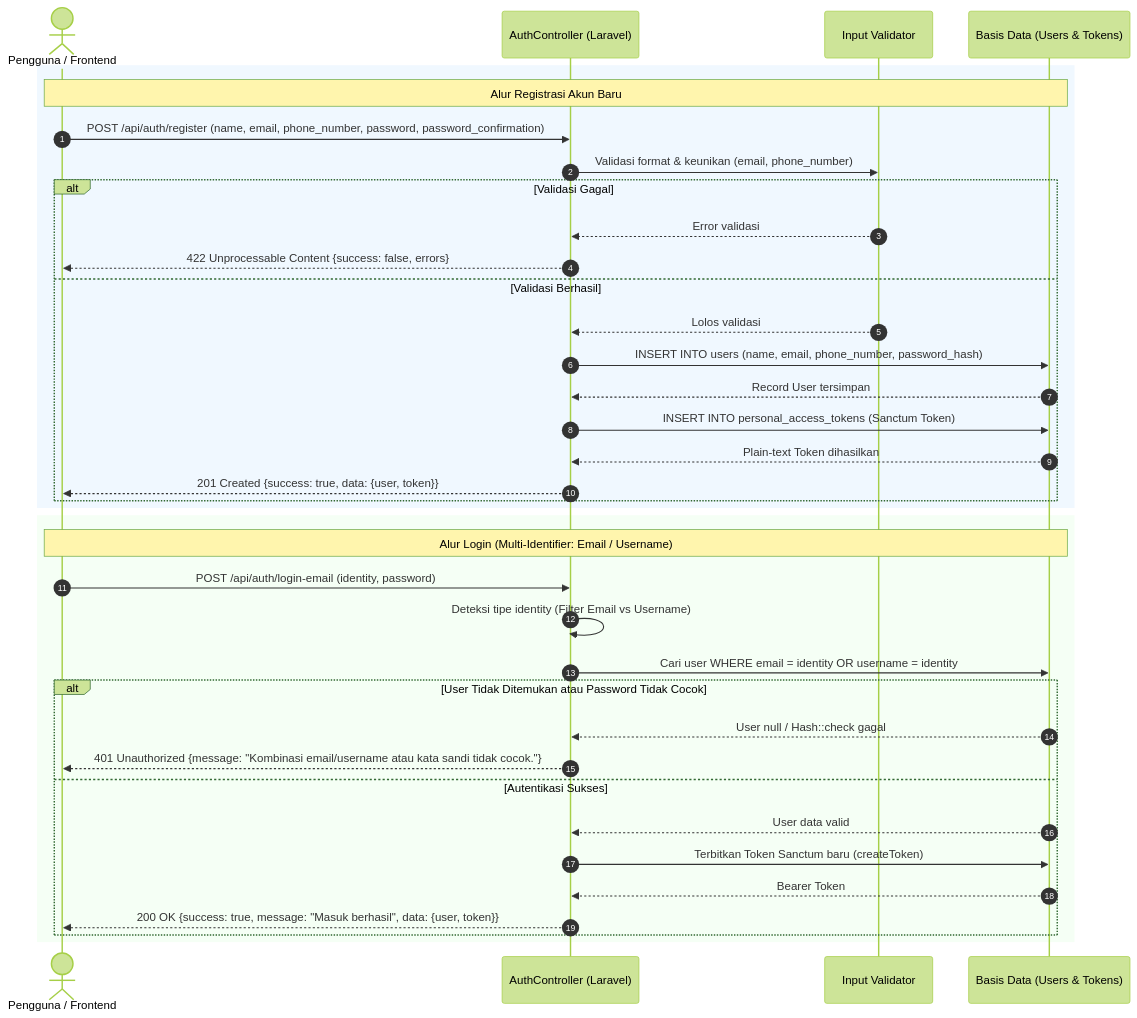
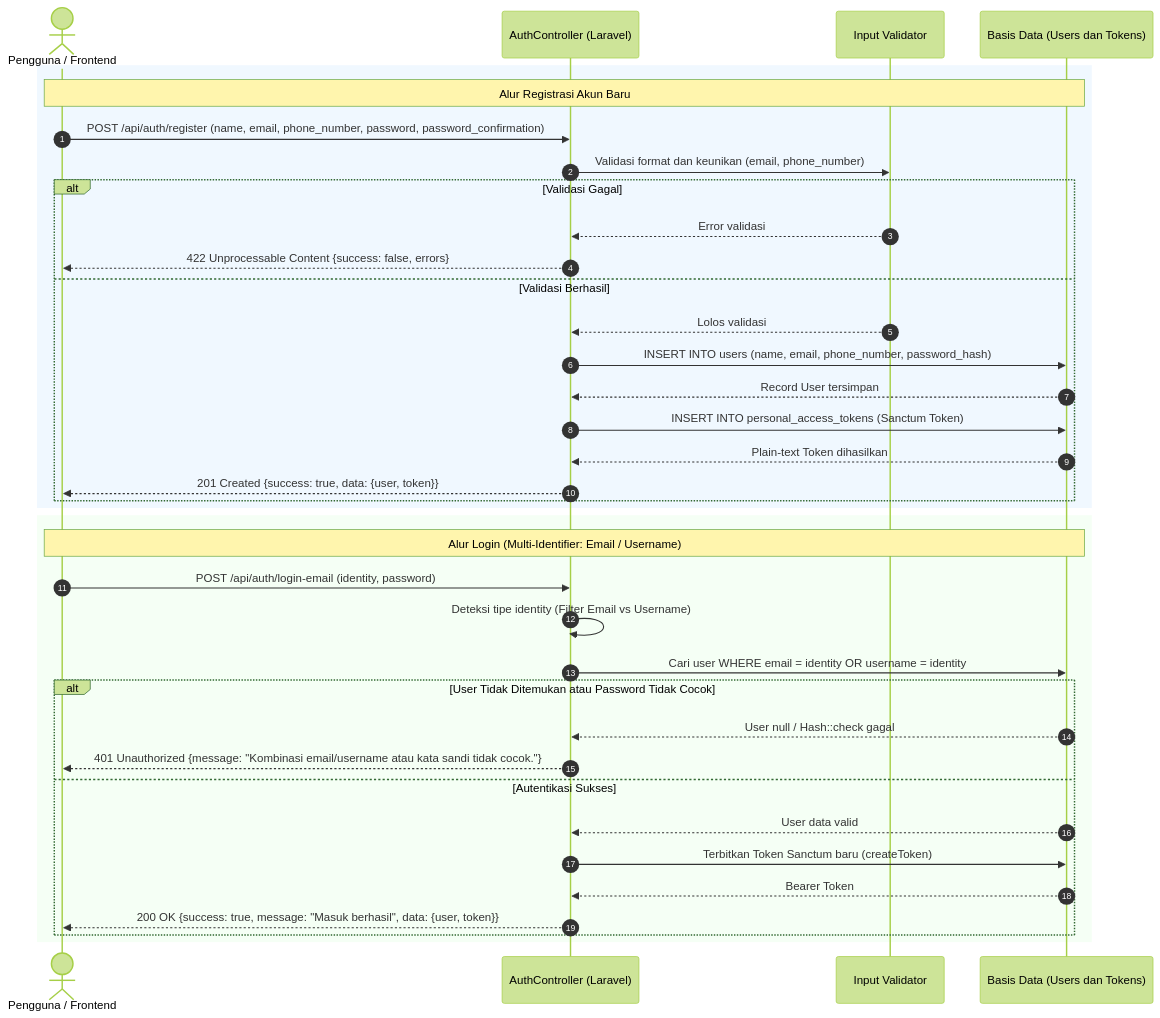
The second of 10 diagrams in README.md (nabilkencana/Laravel-UKL), drawn with Mermaid (forest theme) before and after one commit. The commit also changed other lines of this file, not shown here.

Commit message:
Update README.md; improve clarity in sequence diagrams and flowcharts for user authentication processes

````diff
--- a/README.md
+++ b/README.md
@@ -241,43 +240,43 @@
 ```mermaid
 sequenceDiagram
     autonumber
     actor Client as Pengguna / Frontend
     participant API as AuthController (Laravel)
     participant Validator as Input Validator
-    participant DB as Basis Data (Users & Tokens)
+    participant DB as Basis Data (Users dan Tokens)
 
     %% Skenario Registrasi
     rect rgb(240, 248, 255)
     note over Client, DB: Alur Registrasi Akun Baru
     Client->>API: POST /api/auth/register (name, email, phone_number, password, password_confirmation)
-    API->>Validator: Validasi format & keunikan (email, phone_number)
+    API->>Validator: Validasi format dan keunikan (email, phone_number)
     alt Validasi Gagal
         Validator-->>API: Error validasi
         API-->>Client: 422 Unprocessable Content {success: false, errors}
     else Validasi Berhasil
         Validator-->>API: Lolos validasi
         API->>DB: INSERT INTO users (name, email, phone_number, password_hash)
         DB-->>API: Record User tersimpan
         API->>DB: INSERT INTO personal_access_tokens (Sanctum Token)
         DB-->>API: Plain-text Token dihasilkan
         API-->>Client: 201 Created {success: true, data: {user, token}}
     end
     end
 
     %% Skenario Login
     rect rgb(245, 255, 245)
     note over Client, DB: Alur Login (Multi-Identifier: Email / Username)
     Client->>API: POST /api/auth/login-email (identity, password)
     API->>API: Deteksi tipe identity (Filter Email vs Username)
     API->>DB: Cari user WHERE email = identity OR username = identity
     alt User Tidak Ditemukan atau Password Tidak Cocok
         DB-->>API: User null / Hash::check gagal
         API-->>Client: 401 Unauthorized {message: "Kombinasi email/username atau kata sandi tidak cocok."}
     else Autentikasi Sukses
         DB-->>API: User data valid
         API->>DB: Terbitkan Token Sanctum baru (createToken)
         DB-->>API: Bearer Token
         API-->>Client: 200 OK {success: true, message: "Masuk berhasil", data: {user, token}}
     end
     end
 ```
````
